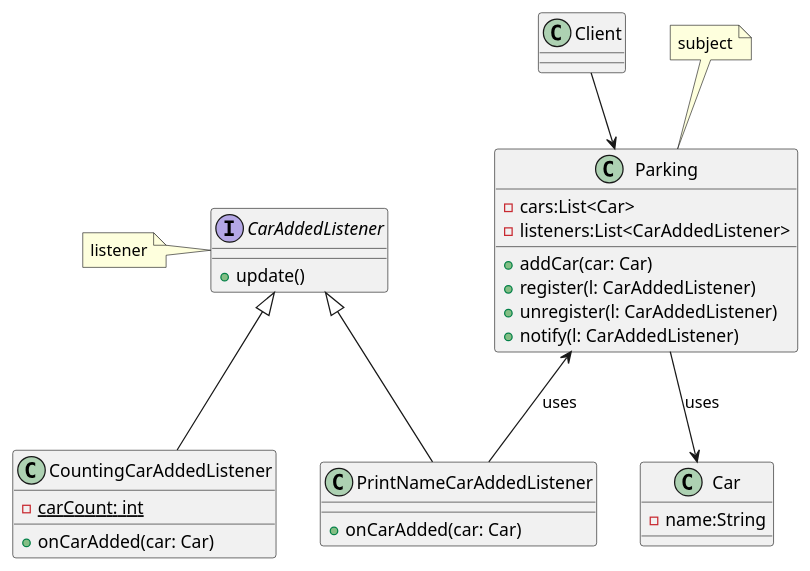
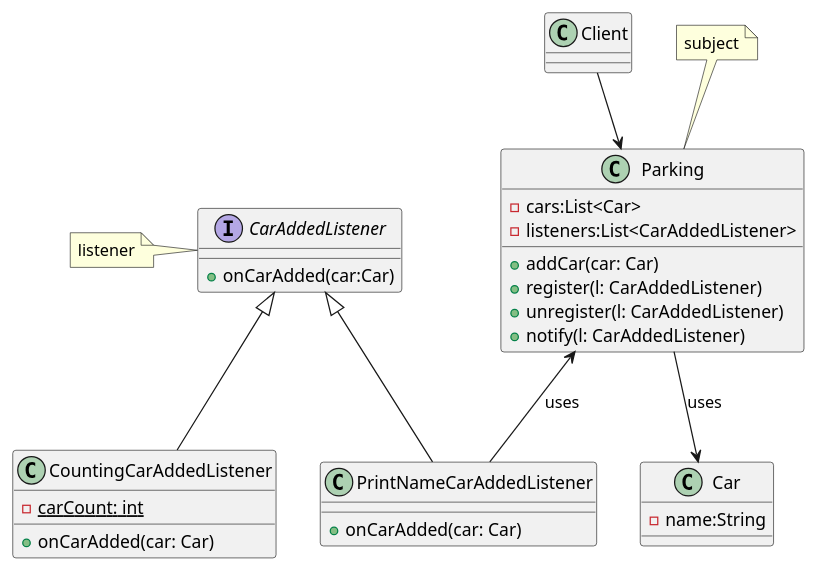
One commit to cosminbucur/sda-clean-code changed the diagram in src/main/java/com/sda/patterns/behavioral/observer/ex2/ex2.puml. Above: the diagram before and after it, drawn with PlantUML. The commit also changed 12 other files, not shown here.

```diff
--- a/src/main/java/com/sda/patterns/behavioral/observer/ex2/ex2.puml
+++ b/src/main/java/com/sda/patterns/behavioral/observer/ex2/ex2.puml
@@ -1,39 +1,39 @@
 @startuml
 
 class Client
 
 class Car {
 -name:String
 }
 
 class Parking {
 -cars:List<Car>
 -listeners:List<CarAddedListener>
 +addCar(car: Car)
 +register(l: CarAddedListener)
 +unregister(l: CarAddedListener)
 +notify(l: CarAddedListener)
 }
 note top: subject
 
 interface CarAddedListener {
-+update()
++onCarAdded(car:Car)
 }
 note left: listener
 
 class PrintNameCarAddedListener {
 +onCarAdded(car: Car)
 }
 
 class CountingCarAddedListener {
 -{static}carCount: int
 +onCarAdded(car: Car)
 }
 
 CarAddedListener <|-- PrintNameCarAddedListener
 CarAddedListener <|-- CountingCarAddedListener
 Parking <-- PrintNameCarAddedListener: uses
 Parking --> Car: uses
 Client --> Parking
 
 @enduml
```
